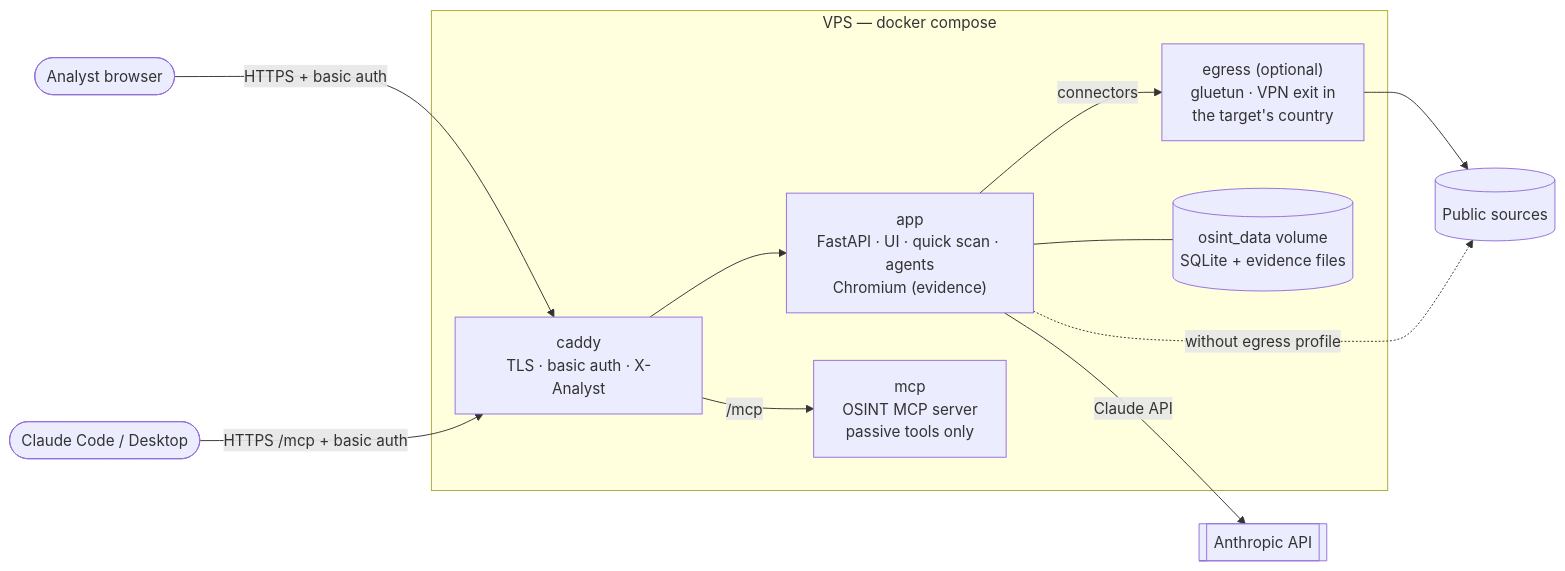
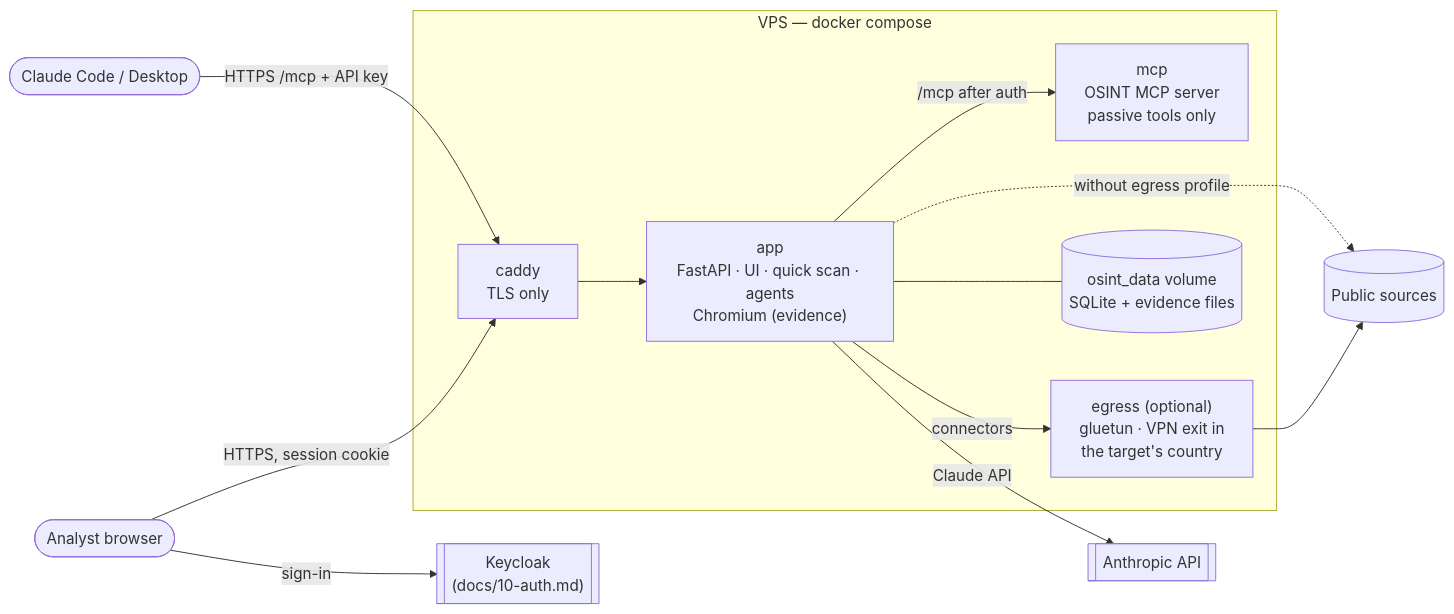
The diagram in docs/09-deployment.md (dumitreskw/craiova-hackathon), drawn with Mermaid before and after one commit. The commit also changed other lines of this file and 56 other files, not shown here.

First line of the commit message:
feat: Keycloak sign-in, workspaces (tenants) and a public landing page

````diff
--- a/docs/09-deployment.md
+++ b/docs/09-deployment.md
@@ -7,21 +7,22 @@
 ```mermaid
 flowchart LR
-  analyst(["Analyst browser"]) -->|HTTPS + basic auth| caddy
-  cc(["Claude Code / Desktop"]) -->|HTTPS /mcp + basic auth| caddy
+  analyst(["Analyst browser"]) -->|HTTPS, session cookie| caddy
+  cc(["Claude Code / Desktop"]) -->|HTTPS /mcp + API key| caddy
+  analyst -->|sign-in| kc[["Keycloak<br/>(docs/10-auth.md)"]]
 
   subgraph host["VPS — docker compose"]
-    caddy["caddy<br/>TLS · basic auth · X-Analyst"]
+    caddy["caddy<br/>TLS only"]
     app["app<br/>FastAPI · UI · quick scan · agents<br/>Chromium (evidence)"]
     mcp["mcp<br/>OSINT MCP server<br/>passive tools only"]
     egress["egress (optional)<br/>gluetun · VPN exit in<br/>the target's country"]
     vol[("osint_data volume<br/>SQLite + evidence files")]
     caddy --> app
-    caddy -->|/mcp| mcp
+    app -->|/mcp after auth| mcp
     app --- vol
   end
 
   app -->|Claude API| anthropic[["Anthropic API"]]
   app -->|connectors| egress
   egress --> sources[("Public sources")]
   app -.->|without egress profile| sources
 ```
````
